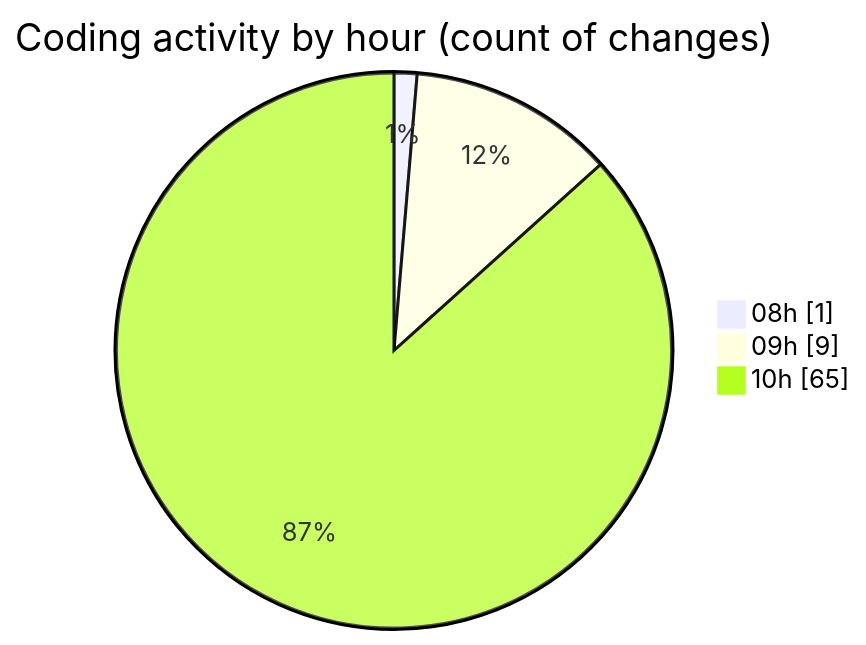
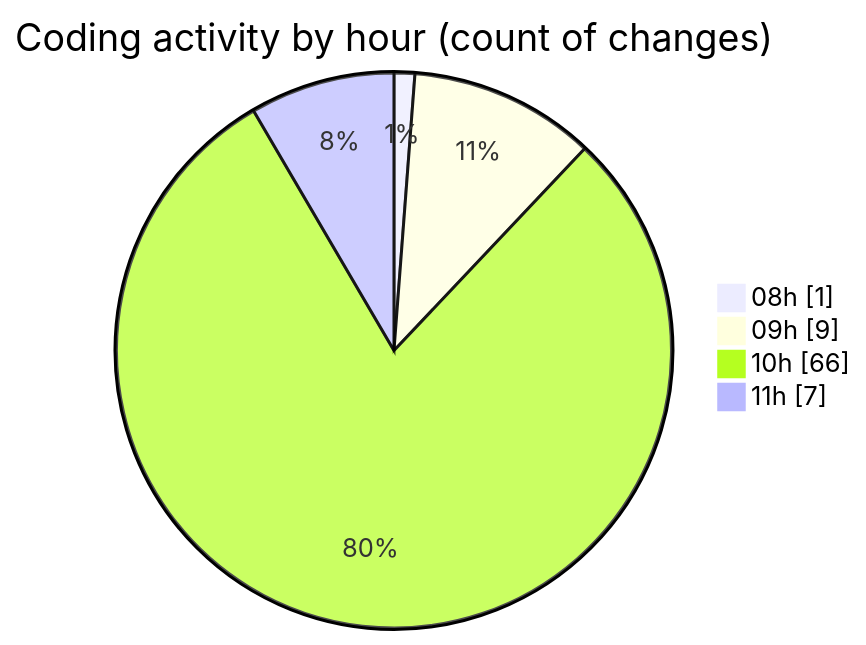
One commit to BS-eng2023/code-tracking changed the second of 2 diagrams in 2025-04-04/jsvms/README.md. Above: the diagram before and after it, drawn with Mermaid. The commit also changed other lines of this file and 1 other file, not shown here.

````diff
--- a/2025-04-04/jsvms/README.md
+++ b/2025-04-04/jsvms/README.md
@@ -37,7 +37,8 @@
 ```mermaid
 pie showData
 title Coding activity by hour (count of changes)
 "08h" : 1
 "09h" : 9
-"10h" : 65
+"10h" : 66
+"11h" : 7
 ```
````
